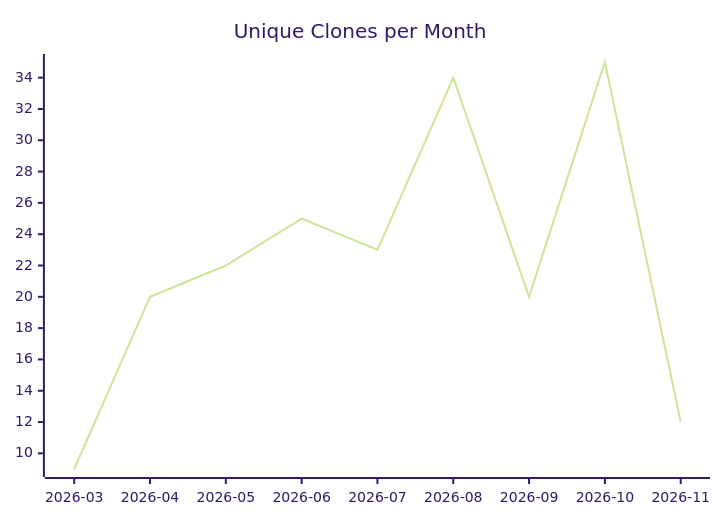
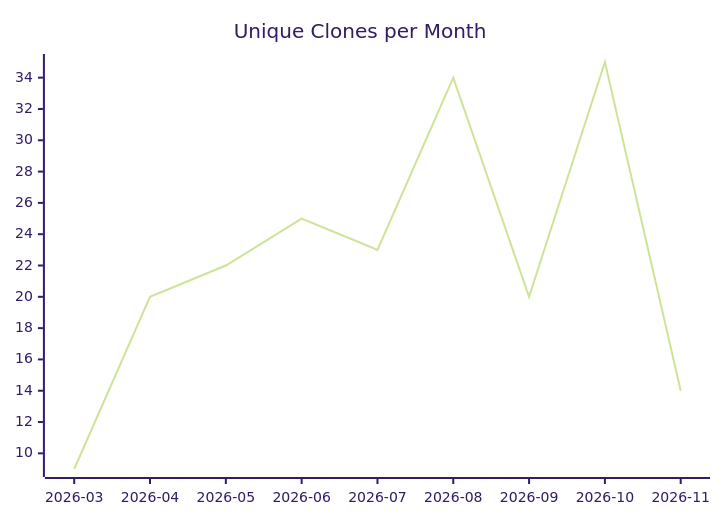
The third of 3 diagrams in karlmdavis/kxml2/README.md (justdavis-family/github-analytics-data), drawn with Mermaid (forest theme) before and after one commit. The commit also changed other lines of this file and 187 other files, not shown here.

````diff
--- a/karlmdavis/kxml2/README.md
+++ b/karlmdavis/kxml2/README.md
@@ -19,6 +19,6 @@
 ```mermaid
 xychart-beta
   title "Unique Clones per Month"
   x-axis ["2026-03", "2026-04", "2026-05", "2026-06", "2026-07", "2026-08", "2026-09", "2026-10", "2026-11"]
-  line [9, 20, 22, 25, 23, 34, 20, 35, 12]
+  line [9, 20, 22, 25, 23, 34, 20, 35, 14]
 ```
````
